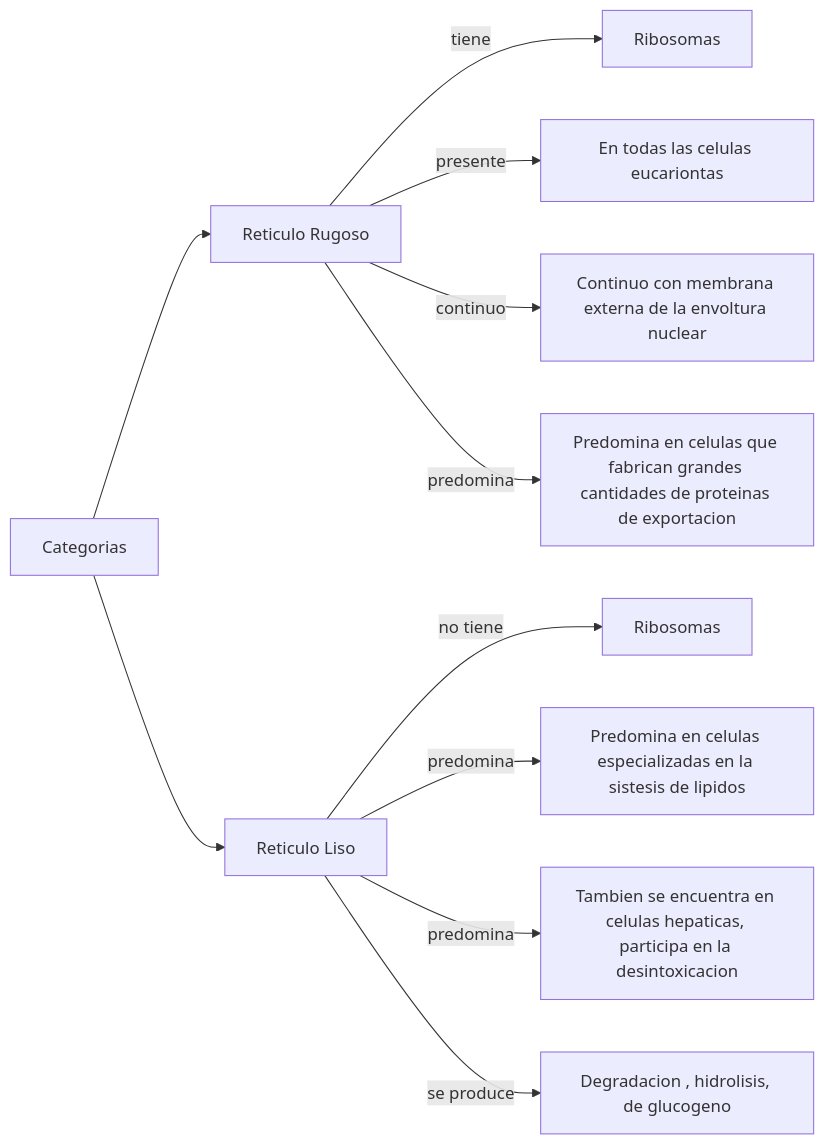
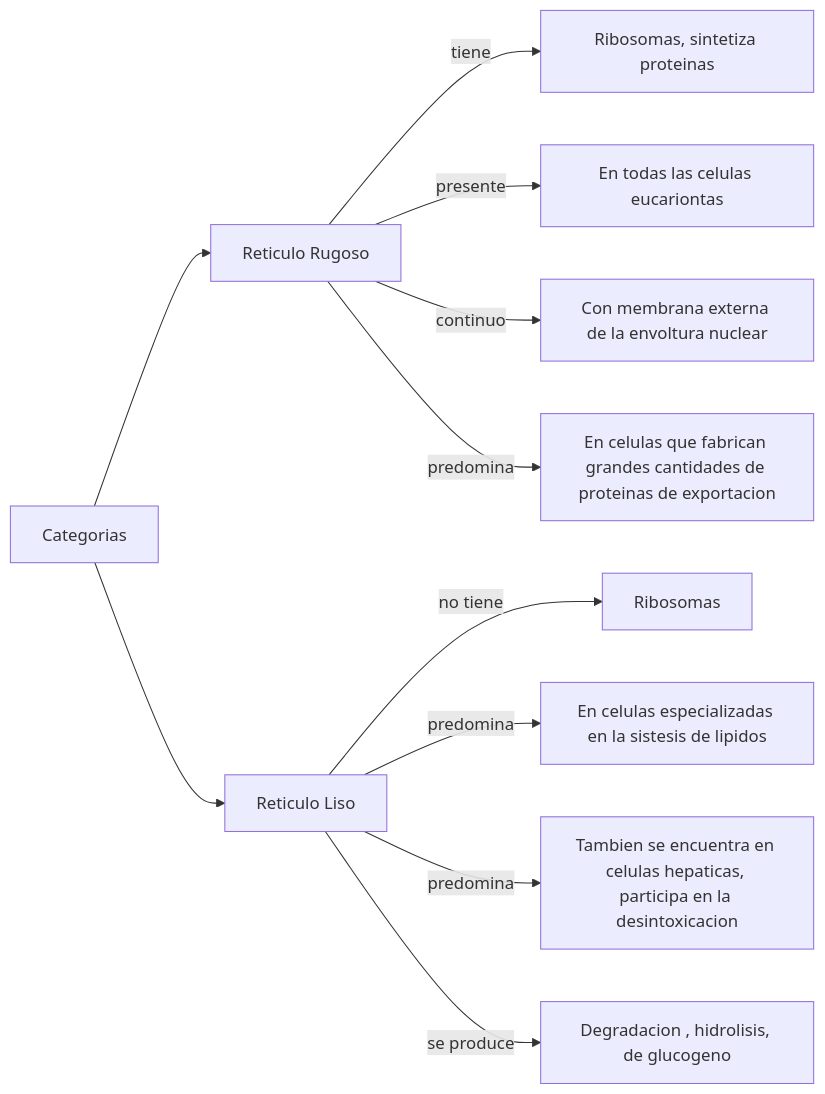
One commit to alancampora/psicologia changed the seventh of 9 diagrams in src/pages/biologia-org-celulas.md. Above: the diagram before and after it, drawn with Mermaid. The commit also changed other lines of this file, not shown here.

Commit message:
refactor(celulas): more progress

````diff
--- a/src/pages/biologia-org-celulas.md
+++ b/src/pages/biologia-org-celulas.md
@@ -201,13 +209,13 @@
 ```mermaid
 graph LR
 cat[Categorias] --> RER[Reticulo Rugoso]
 cat --> REL[Reticulo Liso]
-RER -- tiene --> ribosoma1[Ribosomas]
+RER -- tiene --> ribosoma1[Ribosomas, sintetiza proteinas]
 RER -- presente --> celEu[En todas las celulas eucariontas]
-RER -- continuo --> continuo[Continuo con membrana externa de la envoltura nuclear]
-RER -- predomina --> prredomina[Predomina en celulas que fabrican grandes cantidades de proteinas de exportacion]
+RER -- continuo --> continuo[Con membrana externa de la envoltura nuclear]
+RER -- predomina --> prredomina[En celulas que fabrican grandes cantidades de proteinas de exportacion]
 REL --no tiene --> ribosoma[Ribosomas]
-REL -- predomina --> predomina[Predomina en celulas especializadas en la sistesis de lipidos]
+REL -- predomina --> predomina[En celulas especializadas en la sistesis de lipidos]
 REL -- predomina --> predomina2[Tambien se encuentra en celulas hepaticas, participa en la desintoxicacion]
 REL -- se produce --> seProduce[Degradacion , hidrolisis, de glucogeno]
 ```
````
